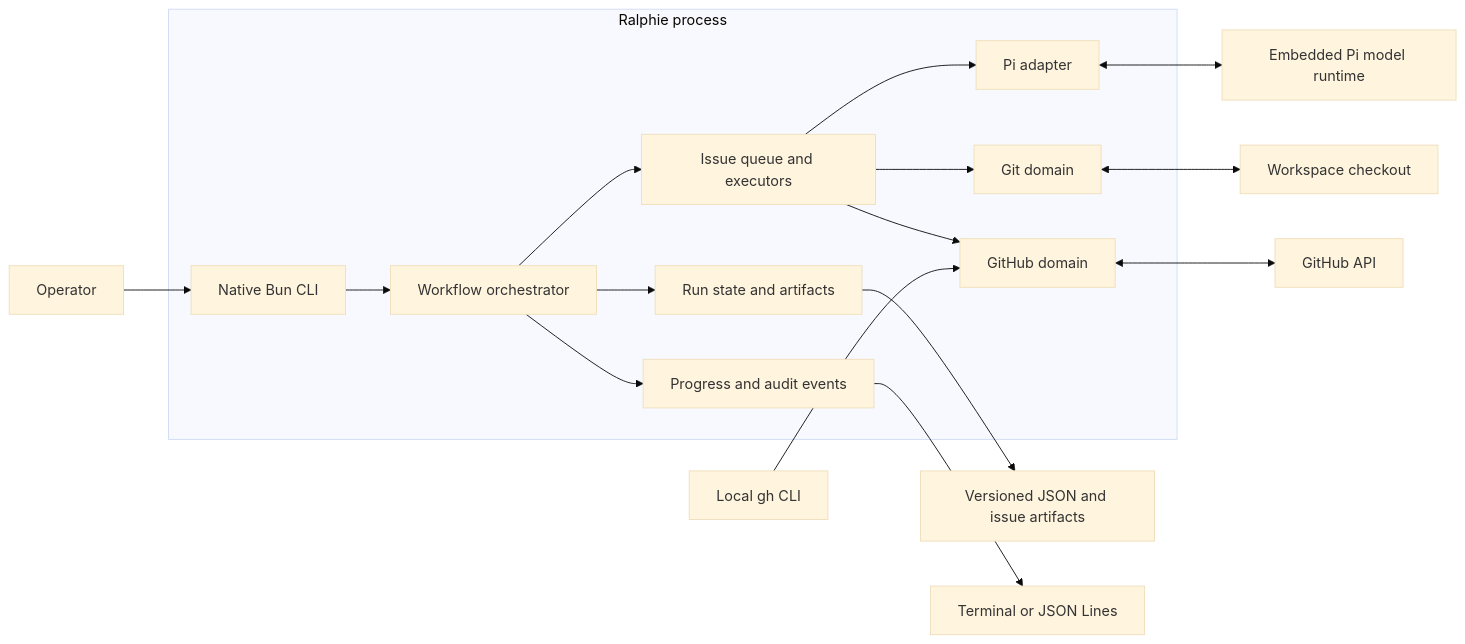
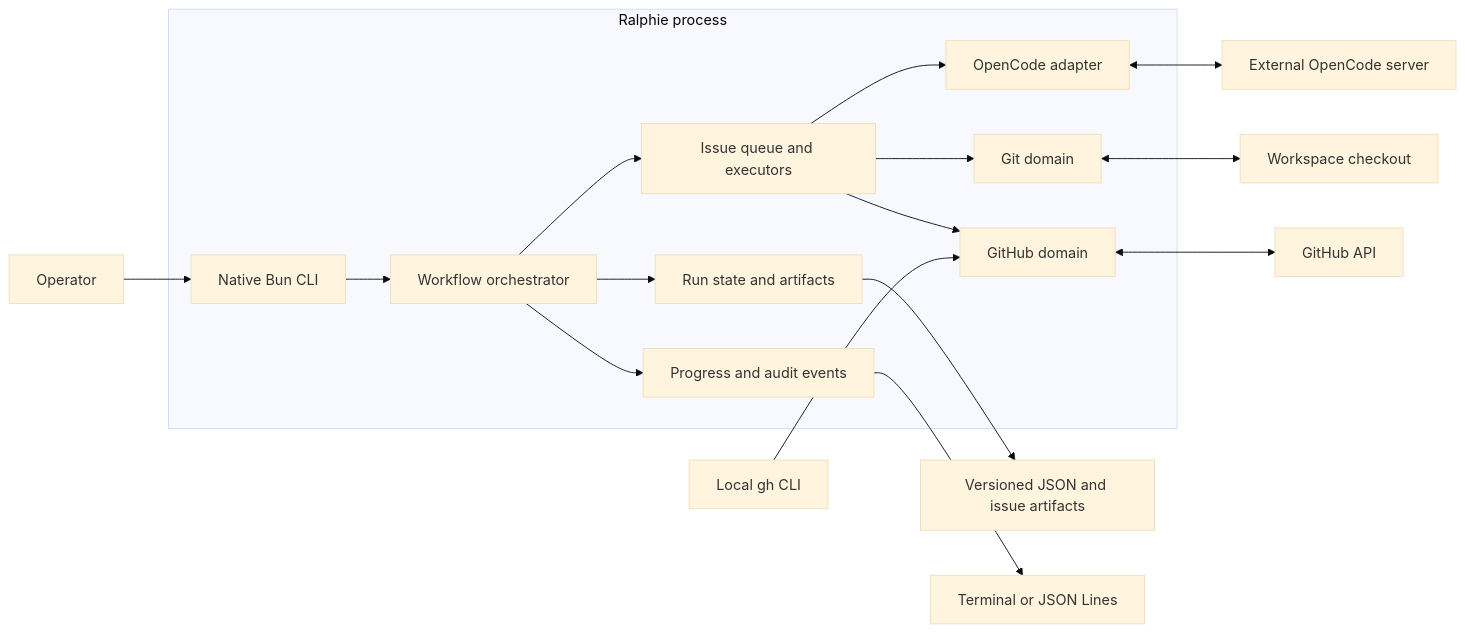
Before and after one commit to beremaran/ralphie: the diagram in docs/architecture.md, drawn with Mermaid (base theme). The commit also changed other lines of this file and 61 other files, not shown here.

First line of the commit message:
Swap embedded Pi agent with external OpenCode 2 server

````diff
--- a/docs/architecture.md
+++ b/docs/architecture.md
@@ -15,21 +15,21 @@
 ```mermaid
 flowchart LR
     U[Operator] --> CLI[Native Bun CLI]
 
     subgraph RP["Ralphie process"]
         CLI --> W[Workflow orchestrator]
         W --> Q[Issue queue and executors]
         W --> S[Run state and artifacts]
         W --> P[Progress and audit events]
-        Q --> OC[Pi adapter]
+        Q --> OC[OpenCode adapter]
         Q --> GD[Git domain]
         Q --> GHD[GitHub domain]
     end
 
     AUTH[Local gh CLI] --> GHD
     GHD <--> GH[GitHub API]
     GD <--> REPO[Workspace checkout]
-    OC <--> SERVER[Embedded Pi model runtime]
+    OC <--> SERVER[External OpenCode server]
     S --> DISK[Versioned JSON and issue artifacts]
     P --> TERM[Terminal or JSON Lines]
 ```
````
